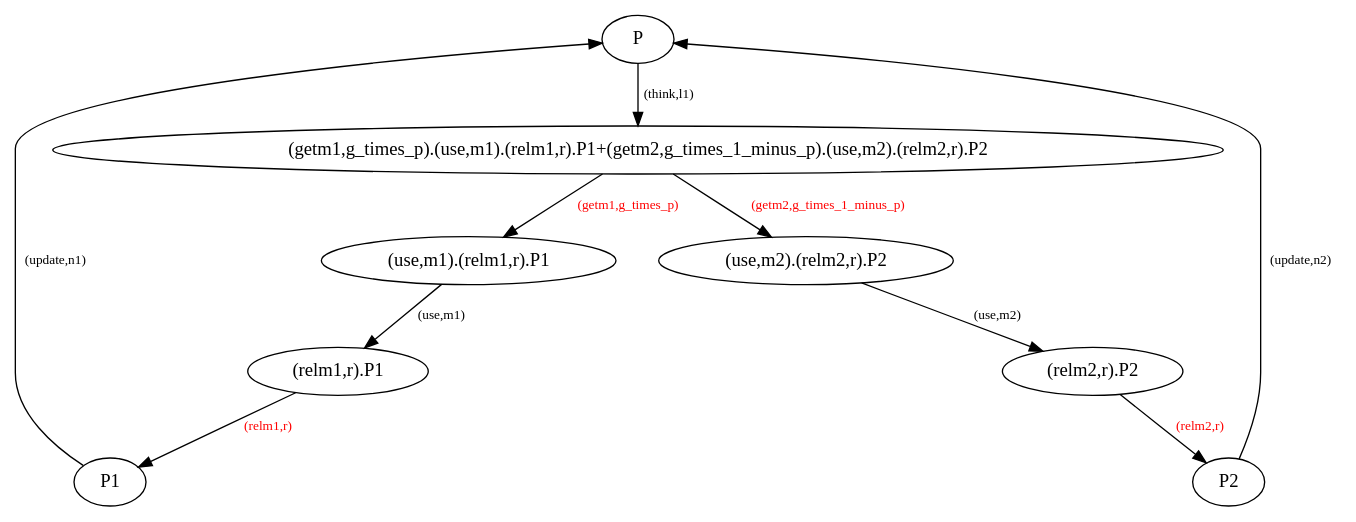
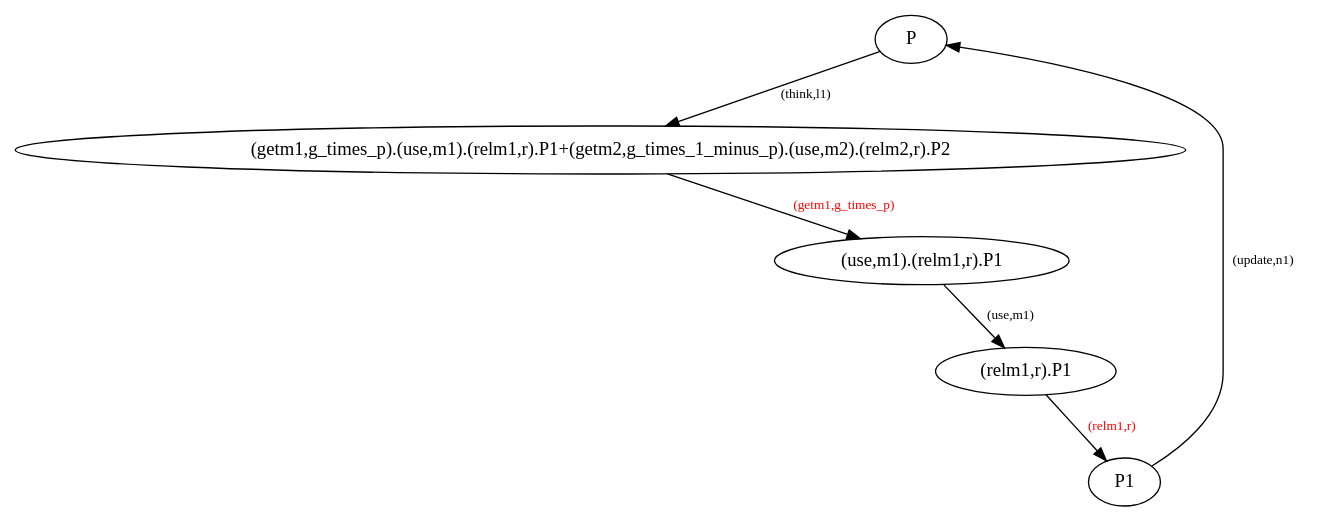
One commit to tdi/pyPEPA changed the diagram in pepa_parser/dots/P.dot. Above: the diagram before and after it, drawn with Graphviz. The commit also changed 5 other files, not shown here.

```diff
--- a/pepa_parser/dots/P.dot
+++ b/pepa_parser/dots/P.dot
@@ -1,11 +1,7 @@
 digraph P{
 "P" -> "(getm1,g_times_p).(use,m1).(relm1,r).P1+(getm2,g_times_1_minus_p).(use,m2).(relm2,r).P2" [label="(think,l1)" fontsize=10]
 "(getm1,g_times_p).(use,m1).(relm1,r).P1+(getm2,g_times_1_minus_p).(use,m2).(relm2,r).P2" -> "(use,m1).(relm1,r).P1" [label="(getm1,g_times_p)"                 fontsize=10, fontcolor=red]
 "(use,m1).(relm1,r).P1" -> "(relm1,r).P1" [label="(use,m1)" fontsize=10]
 "(relm1,r).P1" -> "P1" [label="(relm1,r)"                 fontsize=10, fontcolor=red]
 "P1" -> "P" [label="(update,n1)" fontsize=10]
-"(getm1,g_times_p).(use,m1).(relm1,r).P1+(getm2,g_times_1_minus_p).(use,m2).(relm2,r).P2" -> "(use,m2).(relm2,r).P2" [label="(getm2,g_times_1_minus_p)"                 fontsize=10, fontcolor=red]
-"(use,m2).(relm2,r).P2" -> "(relm2,r).P2" [label="(use,m2)" fontsize=10]
-"(relm2,r).P2" -> "P2" [label="(relm2,r)"                 fontsize=10, fontcolor=red]
-"P2" -> "P" [label="(update,n2)" fontsize=10]
 }
```
